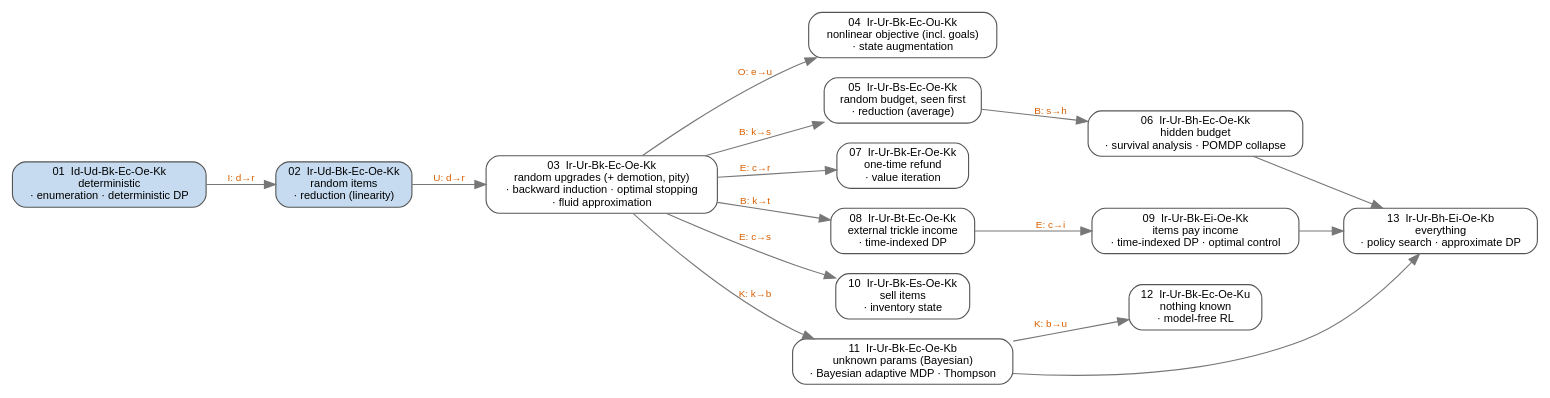
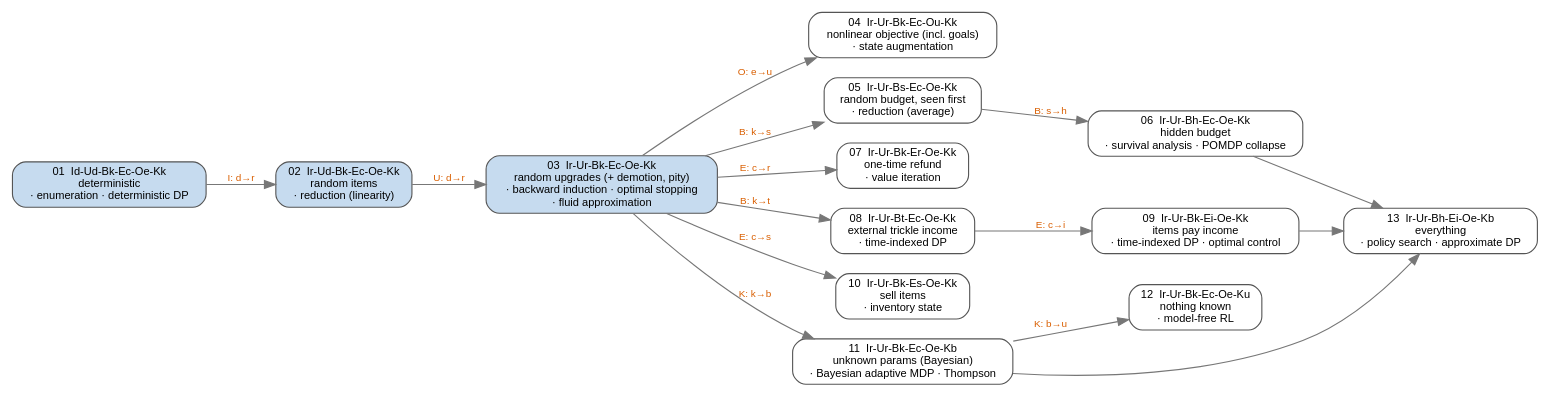
One commit to ssarkar2/notes changed the diagram in probability/sequential_decision_making_under_uncertainty/figures/ladder_map.dot. Above: the diagram before and after it, drawn with Graphviz. The commit also changed 17 other files, not shown here.

First line of the commit message:
Add problem 03 (random upgrades): MDP, stopping, fluid, mechanics

```diff
--- a/probability/sequential_decision_making_under_uncertainty/figures/ladder_map.dot
+++ b/probability/sequential_decision_making_under_uncertainty/figures/ladder_map.dot
@@ -1,36 +1,36 @@
 // Ladder of problems: each edge = one axis loosened. Filled = built, white = planned.
 // Build: ./build.sh
 digraph ladder {
   rankdir=LR;
   graph [fontname="Helvetica", fontsize=11, nodesep=0.25, ranksep=0.5, bgcolor="white"];
   node  [shape=box, style="rounded,filled", fontname="Helvetica", fontsize=10, fillcolor="white", color="#555555"];
   edge  [fontname="Helvetica", fontsize=9, color="#777777", fontcolor="#d95f02"];
 
   // fillcolor "#c6dbef" = built
   p01 [label="01  Id-Ud-Bk-Ec-Oe-Kk\ndeterministic\n· enumeration · deterministic DP", fillcolor="#c6dbef"];
   p02 [label="02  Ir-Ud-Bk-Ec-Oe-Kk\nrandom items\n· reduction (linearity)", fillcolor="#c6dbef"];
-  p03 [label="03  Ir-Ur-Bk-Ec-Oe-Kk\nrandom upgrades (+ demotion, pity)\n· backward induction · optimal stopping\n· fluid approximation"];
+  p03 [label="03  Ir-Ur-Bk-Ec-Oe-Kk\nrandom upgrades (+ demotion, pity)\n· backward induction · optimal stopping\n· fluid approximation", fillcolor="#c6dbef"];
   p04 [label="04  Ir-Ur-Bk-Ec-Ou-Kk\nnonlinear objective (incl. goals)\n· state augmentation"];
   p05 [label="05  Ir-Ur-Bs-Ec-Oe-Kk\nrandom budget, seen first\n· reduction (average)"];
   p06 [label="06  Ir-Ur-Bh-Ec-Oe-Kk\nhidden budget\n· survival analysis · POMDP collapse"];
   p07 [label="07  Ir-Ur-Bk-Er-Oe-Kk\none-time refund\n· value iteration"];
   p08 [label="08  Ir-Ur-Bt-Ec-Oe-Kk\nexternal trickle income\n· time-indexed DP"];
   p09 [label="09  Ir-Ur-Bk-Ei-Oe-Kk\nitems pay income\n· time-indexed DP · optimal control"];
   p10 [label="10  Ir-Ur-Bk-Es-Oe-Kk\nsell items\n· inventory state"];
   p11 [label="11  Ir-Ur-Bk-Ec-Oe-Kb\nunknown params (Bayesian)\n· Bayesian adaptive MDP · Thompson"];
   p12 [label="12  Ir-Ur-Bk-Ec-Oe-Ku\nnothing known\n· model-free RL"];
   p13 [label="13  Ir-Ur-Bh-Ei-Oe-Kb\neverything\n· policy search · approximate DP"];
 
   p01 -> p02 [label="I: d→r"];
   p02 -> p03 [label="U: d→r"];
   p03 -> p04 [label="O: e→u"];
   p03 -> p05 [label="B: k→s"];
   p05 -> p06 [label="B: s→h"];
   p03 -> p07 [label="E: c→r"];
   p03 -> p08 [label="B: k→t"];
   p08 -> p09 [label="E: c→i"];
   p03 -> p10 [label="E: c→s"];
   p03 -> p11 [label="K: k→b"];
   p11 -> p12 [label="K: b→u"];
   p06 -> p13; p09 -> p13; p11 -> p13;
 }
```
